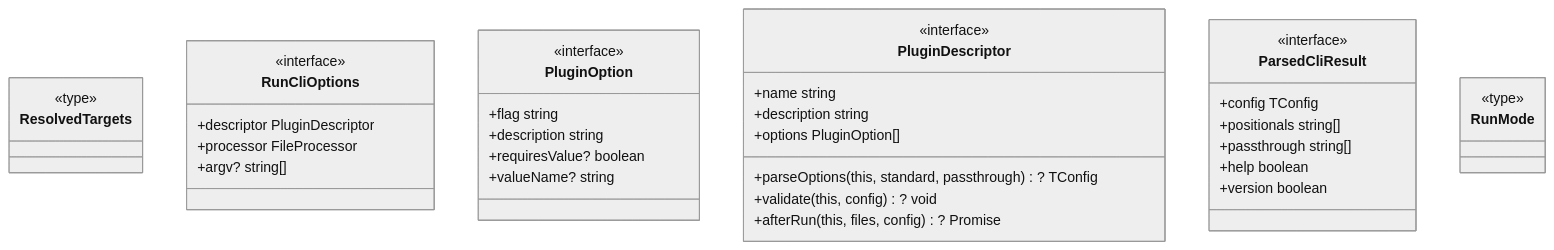
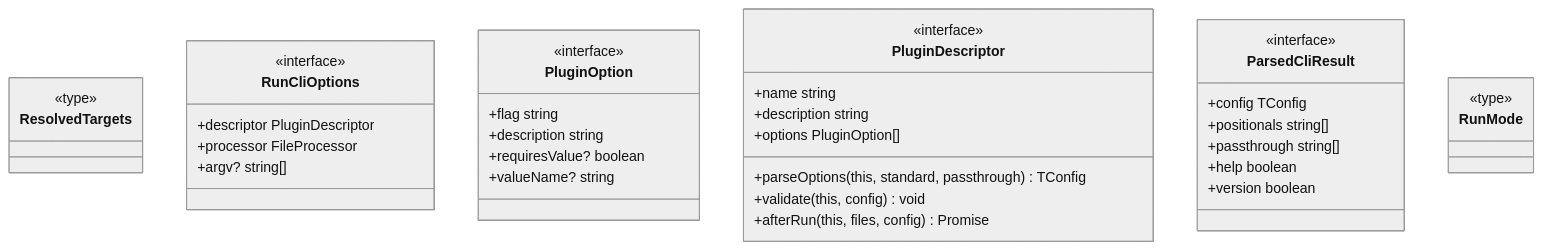
One commit to doikayt/build-tools changed the second of 6 diagrams in javascript/tooling-core/README.md. Above: the diagram before and after it, drawn with Mermaid (neutral theme). The commit also changed other lines of this file and 4 other files, not shown here.

First line of the commit message:
chore: apply formatter and auto-generated UML updates

````diff
--- a/javascript/tooling-core/README.md
+++ b/javascript/tooling-core/README.md
@@ -171,40 +171,40 @@
 ```mermaid
 classDiagram
   direction TB
   class ResolvedTargets {
     <<type>>
   }
   class RunCliOptions {
     <<interface>>
     +descriptor PluginDescriptor<TConfig>
     +processor FileProcessor<TConfig>
     +argv? string[]
   }
   class PluginOption {
     <<interface>>
     +flag string
     +description string
     +requiresValue? boolean
     +valueName? string
   }
   class PluginDescriptor {
     <<interface>>
     +name string
     +description string
     +options PluginOption[]
-    +parseOptions(this, standard, passthrough)? TConfig
-    +validate(this, config)? void
-    +afterRun(this, files, config)? Promise<void>
+    +parseOptions(this, standard, passthrough) TConfig
+    +validate(this, config) void
+    +afterRun(this, files, config) Promise<void>
   }
   class ParsedCliResult {
     <<interface>>
     +config TConfig
     +positionals string[]
     +passthrough string[]
     +help boolean
     +version boolean
   }
   class RunMode {
     <<type>>
   }
 ```
````
